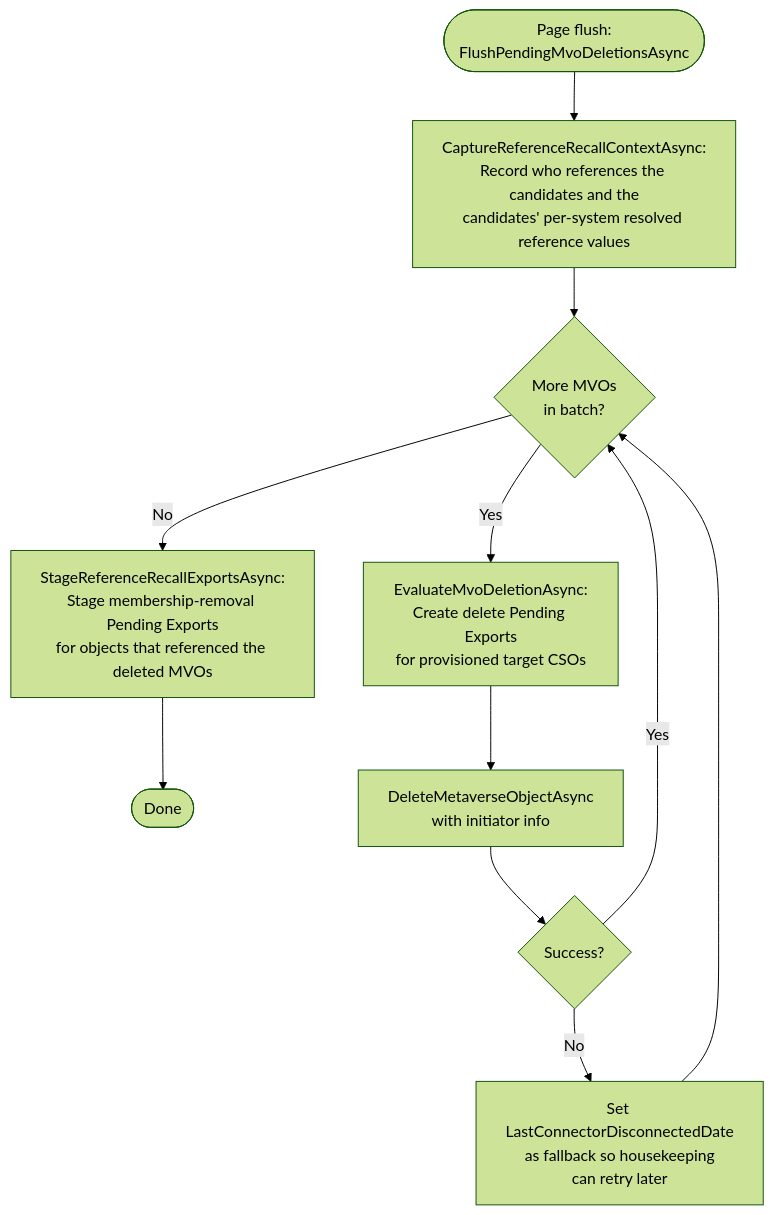
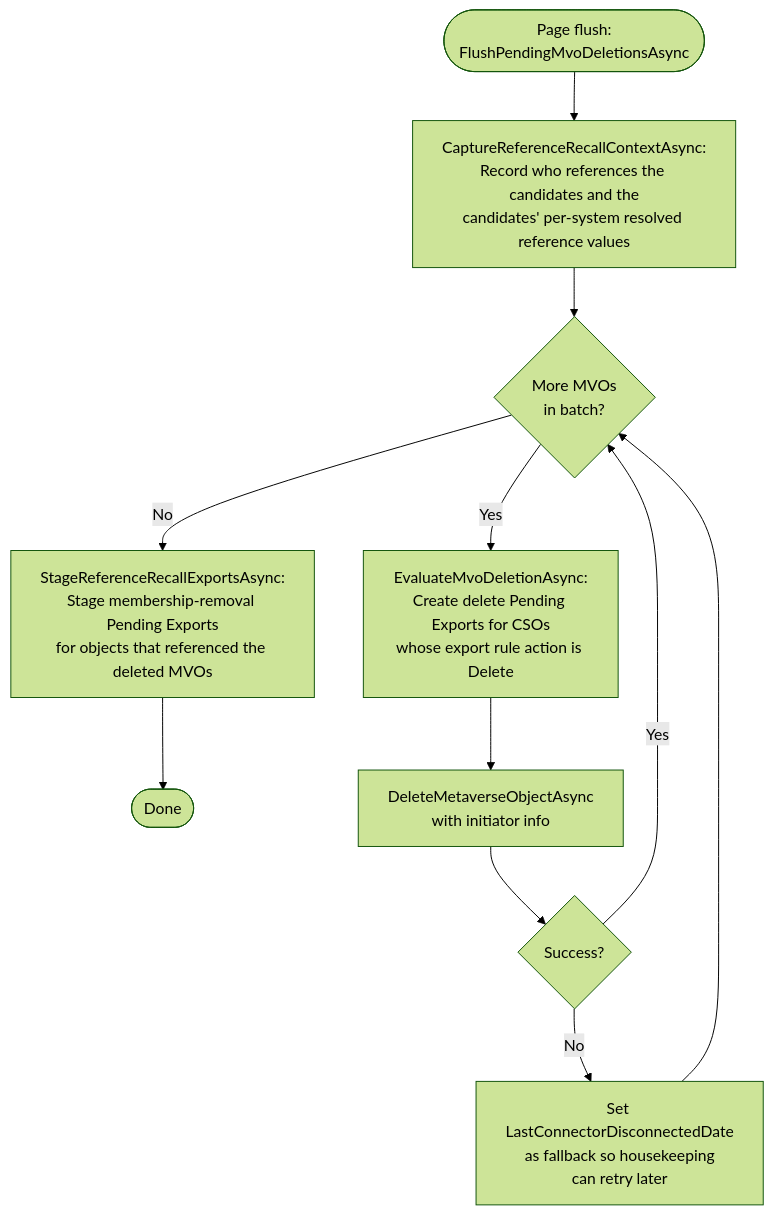
The fourth of 6 diagrams in docs/developer/diagrams/MVO_DELETION_AND_GRACE_PERIOD.md (TetronIO/JIM), drawn with Mermaid (forest theme) before and after one commit. The commit also changed other lines of this file and 8 other files, not shown here.

````diff
--- a/docs/developer/diagrams/MVO_DELETION_AND_GRACE_PERIOD.md
+++ b/docs/developer/diagrams/MVO_DELETION_AND_GRACE_PERIOD.md
@@ -79,15 +79,15 @@
 ```mermaid
 flowchart TD
     PageEnd([Page flush:<br/>FlushPendingMvoDeletionsAsync]) --> Capture[CaptureReferenceRecallContextAsync:<br/>Record who references the candidates and the<br/>candidates' per-system resolved reference values]
     Capture --> Loop{More MVOs<br/>in batch?}
     Loop -->|No| Recall[StageReferenceRecallExportsAsync:<br/>Stage membership-removal Pending Exports<br/>for objects that referenced the deleted MVOs]
     Recall --> Done([Done])
 
-    Loop -->|Yes| EvalExports[EvaluateMvoDeletionAsync:<br/>Create delete Pending Exports<br/>for provisioned target CSOs]
+    Loop -->|Yes| EvalExports[EvaluateMvoDeletionAsync:<br/>Create delete Pending Exports for CSOs<br/>whose export rule action is Delete]
     EvalExports --> DeleteMVO[DeleteMetaverseObjectAsync<br/>with initiator info]
     DeleteMVO --> Success{Success?}
 
     Success -->|Yes| Loop
     Success -->|No| Fallback[Set LastConnectorDisconnectedDate<br/>as fallback so housekeeping<br/>can retry later]
     Fallback --> Loop
 ```
````
